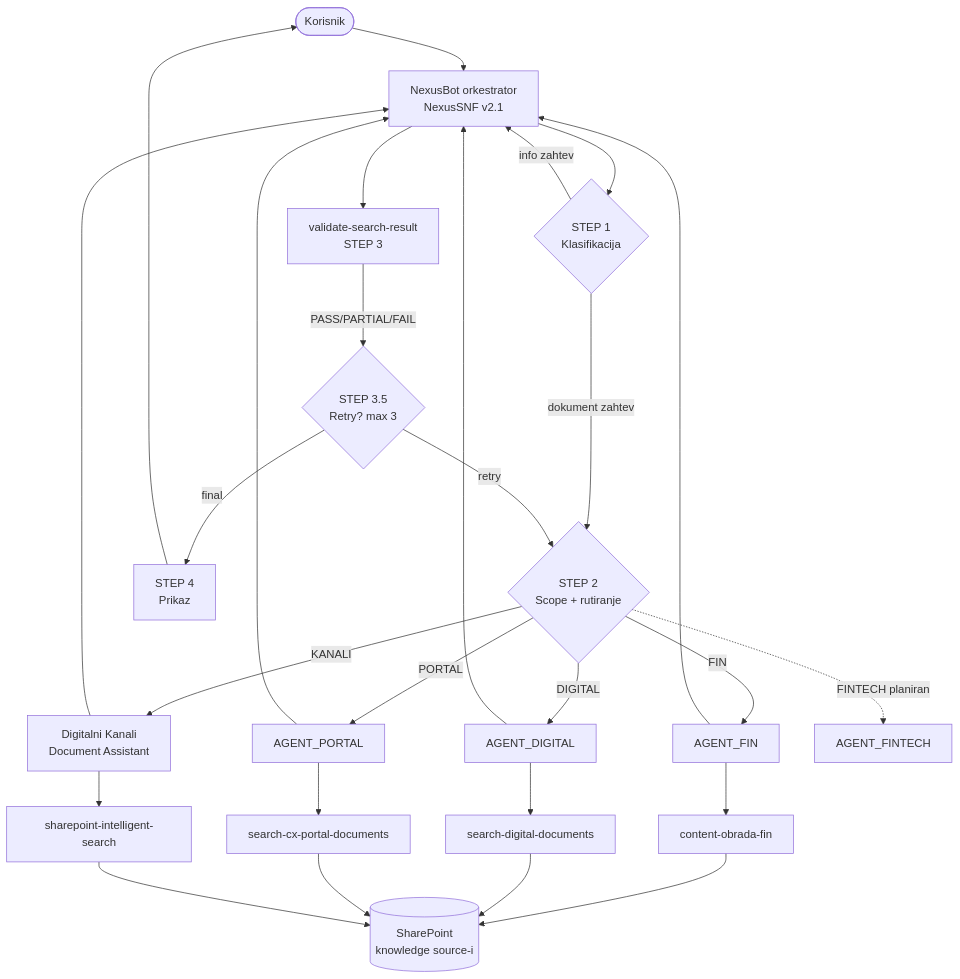
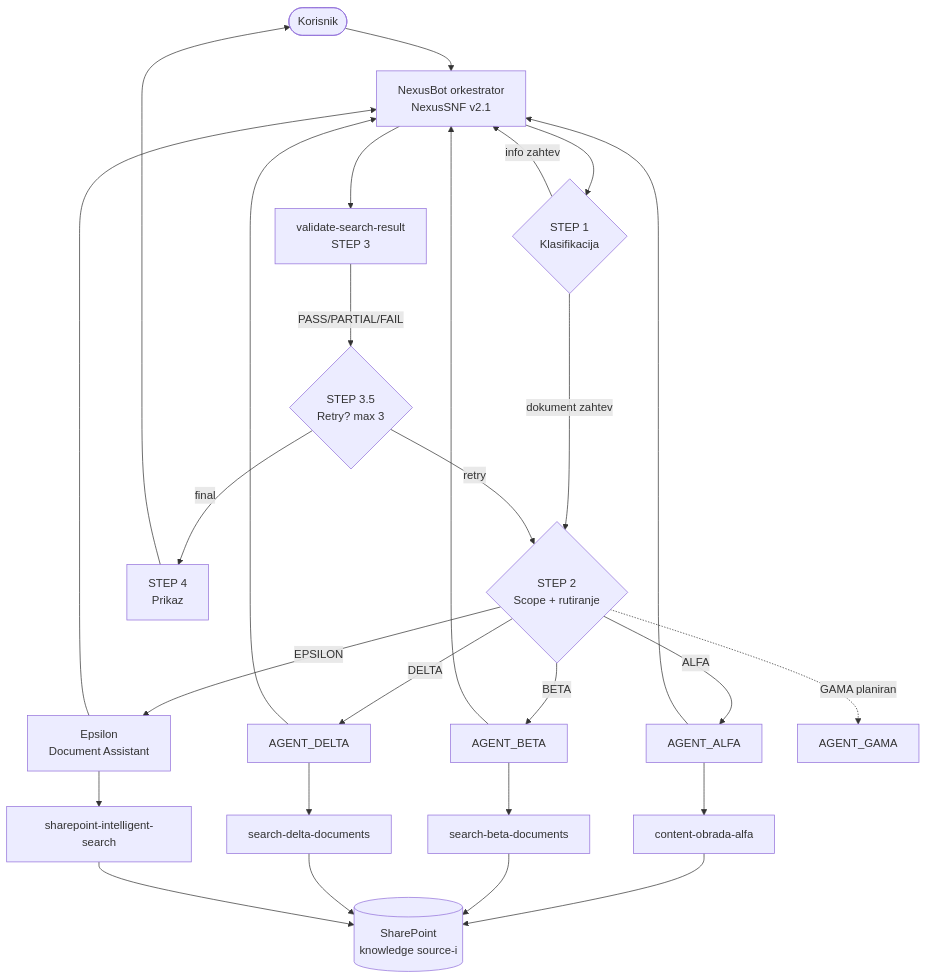
The diagram in architecture/overview.mdx (NikolaSae/nexus-SNF), drawn with Mermaid before and after one commit. The commit also changed 35 other files, not shown here.

````diff
--- a/architecture/overview.mdx
+++ b/architecture/overview.mdx
@@ -22,26 +22,26 @@
 ```mermaid
 flowchart TD
     U([Korisnik]) --> O[NexusBot orkestrator<br/>NexusSNF v2.1]
     O --> C{STEP 1<br/>Klasifikacija}
     C -->|info zahtev| O
     C -->|dokument zahtev| S{STEP 2<br/>Scope + rutiranje}
-    S -->|FIN| A1[AGENT_FIN]
-    S -->|DIGITAL| A2[AGENT_DIGITAL]
-    S -->|PORTAL| A3[AGENT_PORTAL]
-    S -->|KANALI| A4[Digitalni Kanali<br/>Document Assistant]
-    S -.FINTECH planirano.-> A5[AGENT_FINTECH]
-    A1 --> SK1[content-obrada-fin]
-    A2 --> SK2[search-digital-documents]
-    A3 --> SK3[search-cx-portal-documents]
+    S -->|ALFA| A1[AGENT_ALFA]
+    S -->|BETA| A2[AGENT_BETA]
+    S -->|DELTA| A3[AGENT_DELTA]
+    S -->|EPSILON| A4[Epsilon<br/>Document Assistant]
+    S -.GAMA planirano.-> A5[AGENT_GAMA]
+    A1 --> SK1[content-obrada-alfa]
+    A2 --> SK2[search-beta-documents]
+    A3 --> SK3[search-delta-documents]
     A4 --> SK4[sharepoint-intelligent-search]
     SK1 --> K[(SharePoint<br/>knowledge source-i)]
     SK2 --> K
     SK3 --> K
     SK4 --> K
     A1 & A2 & A3 & A4 --> O
     O --> V[validate-search-result<br/>STEP 3]
     V -->|PASS/PARTIAL/FAIL| D{STEP 3.5<br/>Retry? max 3}
     D -->|retry| S
     D -->|final| P[STEP 4<br/>Prikaz]
     P --> U
 ```
````
